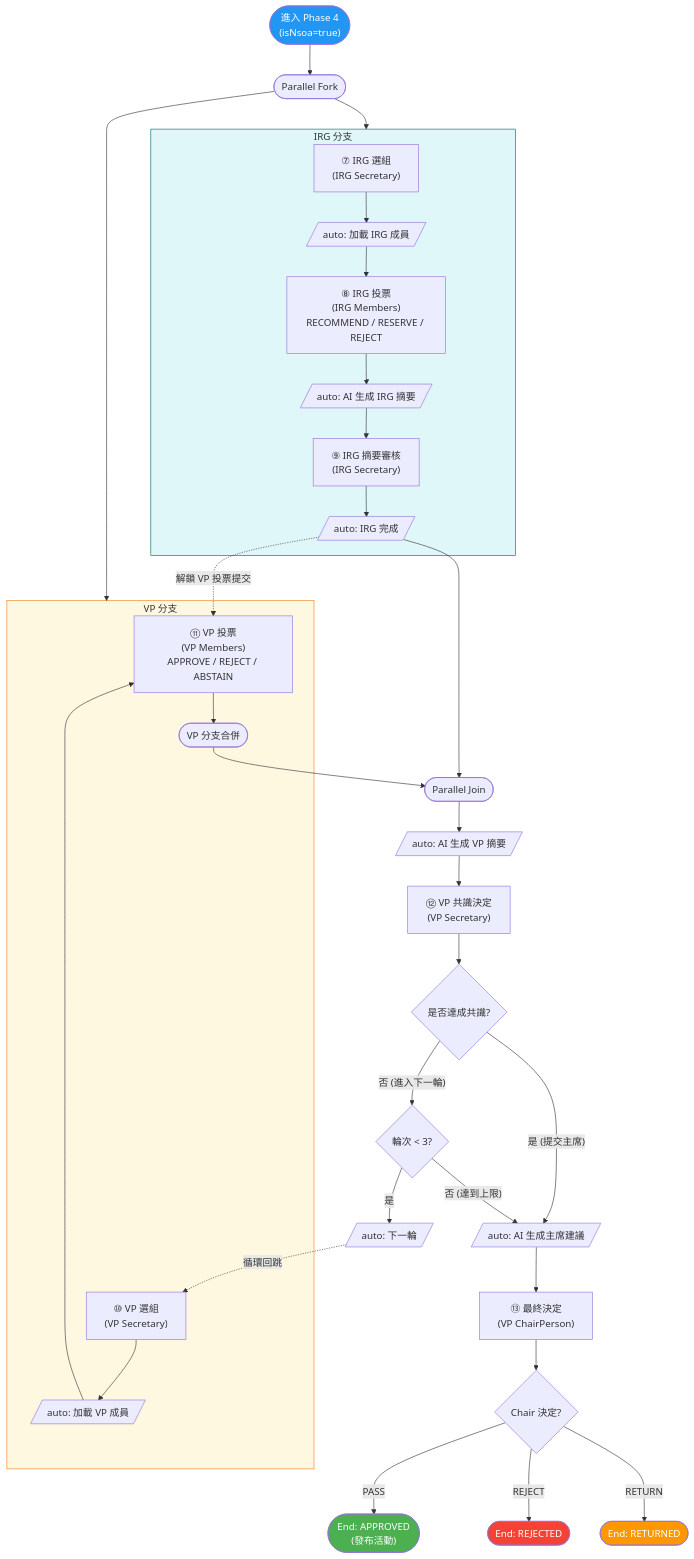
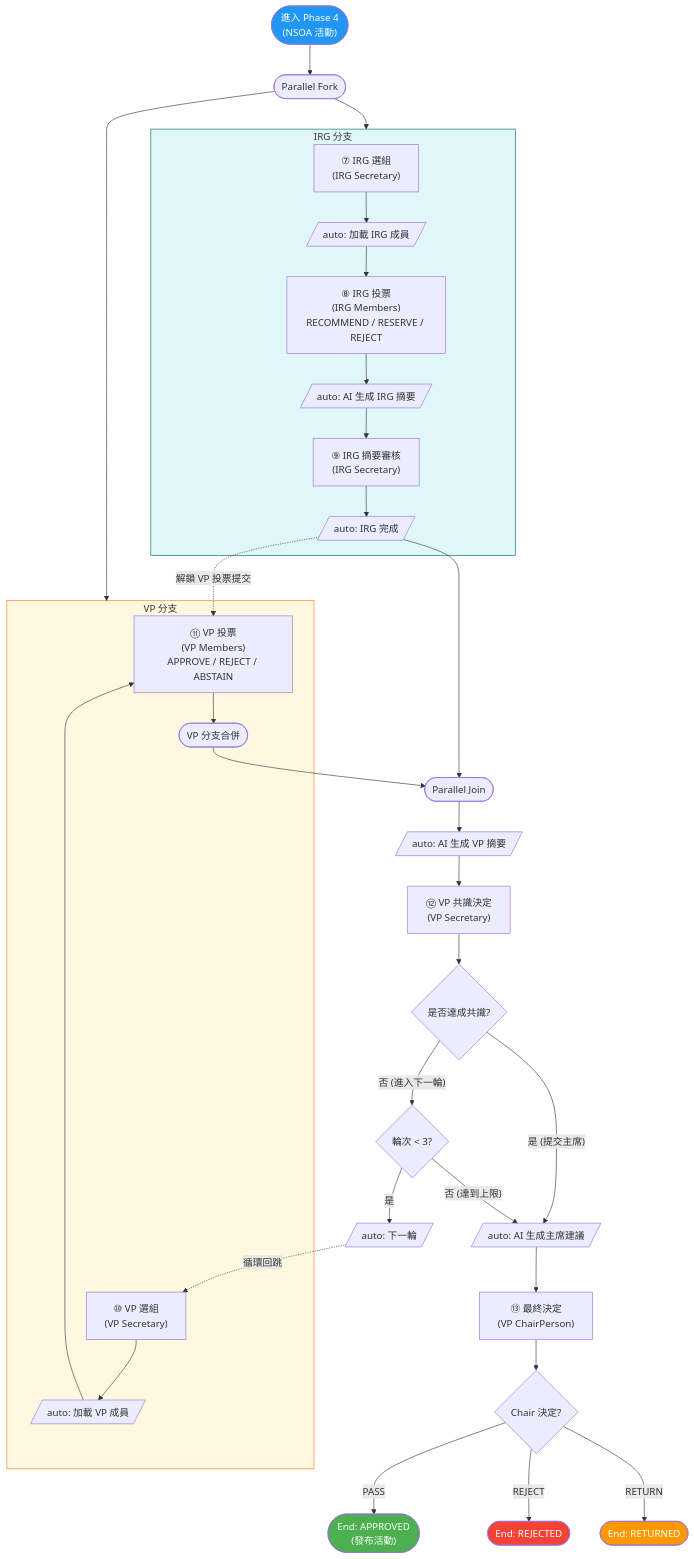
The third of 3 diagrams in activity-publish-workflow-design.md (OneStar-Projects/SLAS-Docs), drawn with Mermaid before and after one commit. The commit also changed other lines of this file and 1 other file, not shown here.

````diff
--- a/activity-publish-workflow-design.md
+++ b/activity-publish-workflow-design.md
@@ -297,51 +282,51 @@
 ```mermaid
 flowchart TD
-    Entry(["進入 Phase 4<br/>(isNsoa=true)"])
+    Entry(["進入 Phase 4<br/>(NSOA 活動)"])
     Entry --> ParallelFork(["Parallel Fork"])
 
     ParallelFork --> IRGBranch
     ParallelFork --> VPBranch
 
     subgraph IRGBranch["IRG 分支"]
         IRGSelect["⑦ IRG 選組<br/>(IRG Secretary)"]
         IRGSelect --> LoadIRG[/"auto: 加載 IRG 成員"/]
         LoadIRG --> IRGVote["⑧ IRG 投票<br/>(IRG Members)<br/>RECOMMEND / RESERVE / REJECT"]
         IRGVote --> IRGSummary[/"auto: AI 生成 IRG 摘要"/]
         IRGSummary --> IRGReview["⑨ IRG 摘要審核<br/>(IRG Secretary)"]
         IRGReview --> IRGDone[/"auto: IRG 完成"/]
     end
 
     subgraph VPBranch["VP 分支"]
         VPSelect["⑩ VP 選組<br/>(VP Secretary)"]
         VPSelect --> LoadVP[/"auto: 加載 VP 成員"/]
         LoadVP --> VPVote["⑪ VP 投票<br/>(VP Members)<br/>APPROVE / REJECT / ABSTAIN"]
         VPVote --> VPMerge(["VP 分支合併"])
     end
 
     IRGDone -.->|"解鎖 VP 投票提交"| VPVote
     IRGDone --> Join(["Parallel Join"])
     VPMerge --> Join
 
     Join --> VPSummary[/"auto: AI 生成 VP 摘要"/]
     VPSummary --> VPDecide["⑫ VP 共識決定<br/>(VP Secretary)"]
     VPDecide --> Gate{是否達成共識?}
     Gate -->|"是 (提交主席)"| ChairAI
     Gate -->|"否 (進入下一輪)"| RoundCheck{輪次 < 3?}
     RoundCheck -->|"是"| Increment[/"auto: 下一輪"/]
     Increment -.->|"循環回跳"| VPSelect
     RoundCheck -->|"否 (達到上限)"| ChairAI
 
     ChairAI[/"auto: AI 生成主席建議"/]
     ChairAI --> Chair["⑬ 最終決定<br/>(VP ChairPerson)"]
     Chair --> FinalGate{Chair 決定?}
     FinalGate -->|"PASS"| EndApproved(["End: APPROVED<br/>(發布活動)"])
     FinalGate -->|"REJECT"| EndRejected(["End: REJECTED"])
     FinalGate -->|"RETURN"| EndReturned(["End: RETURNED"])
 
     style Entry fill:#2196F3,color:#fff
     style EndApproved fill:#4CAF50,color:#fff
     style EndRejected fill:#f44336,color:#fff
     style EndReturned fill:#FF9800,color:#fff
     style IRGBranch fill:#E0F7FA,stroke:#00695C
     style VPBranch fill:#FFF8E1,stroke:#F57F17
 ```
````
